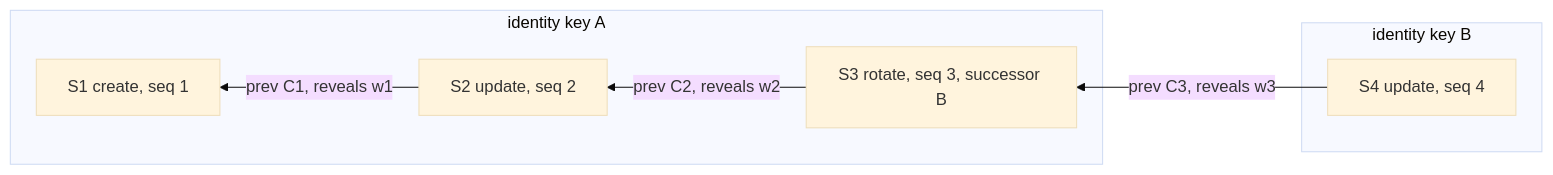
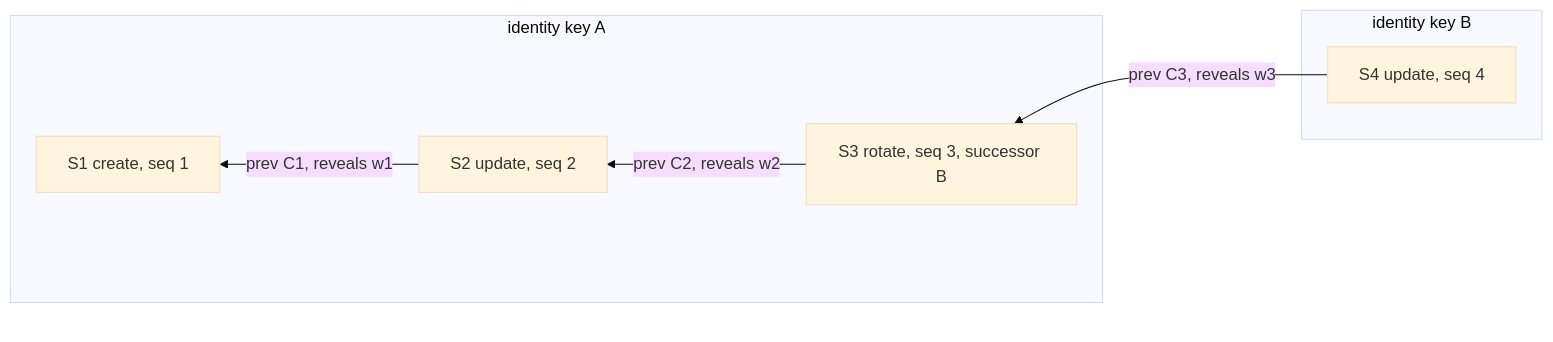
One commit to lightwebinc/bfinger changed the second of 2 diagrams in docs/committed-record.md. Above: the diagram before and after it, drawn with Mermaid (base theme). The commit also changed other lines of this file and 9 other files, not shown here.

First line of the commit message:
[Fix] diagrams: a spacer where the viewer's controls land

````diff
--- a/docs/committed-record.md
+++ b/docs/committed-record.md
@@ -202,14 +207,19 @@
 ```mermaid
 flowchart RL
   subgraph A["identity key A"]
     S1["S1 create, seq 1"]
     S2["S2 update, seq 2"]
     S3["S3 rotate, seq 3, successor B"]
   end
   subgraph B["identity key B"]
     S4["S4 update, seq 4"]
   end
   S2 -->|"prev C1, reveals w1"| S1
   S3 -->|"prev C2, reveals w2"| S2
   S4 -->|"prev C3, reveals w3"| S3
+  %% The last node is an invisible spacer in the rightmost rank: the rendered
+  %% viewer places its zoom and pan controls over the bottom-right corner.
+  pad ~~~ S3
+  pad["&nbsp;<br/>&nbsp;<br/>&nbsp;<br/>&nbsp;<br/>&nbsp;"]:::pad
+  classDef pad fill:none,stroke:none,color:transparent
 ```
````
